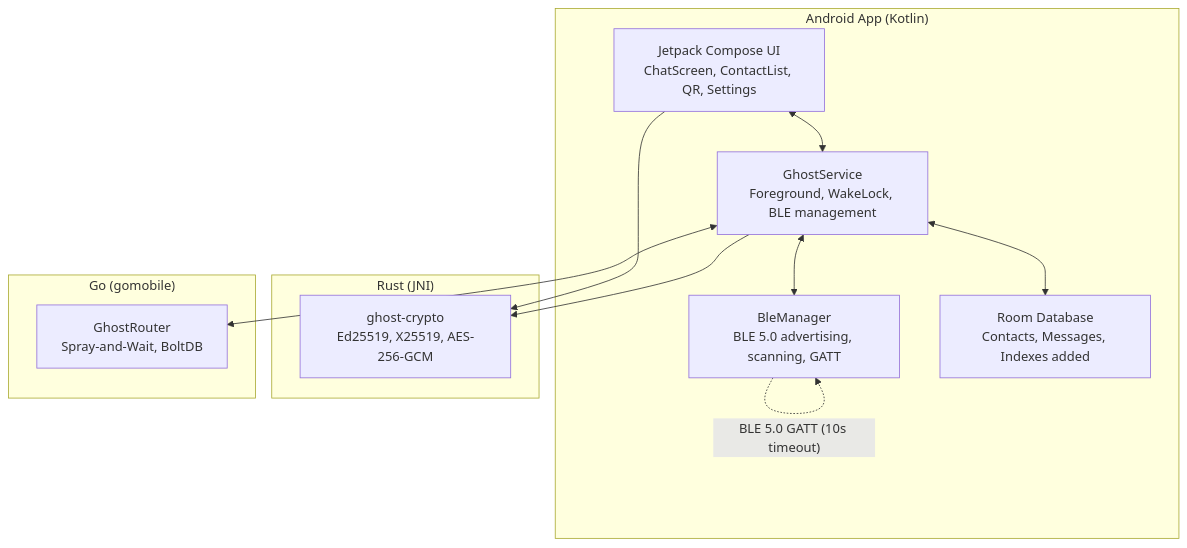
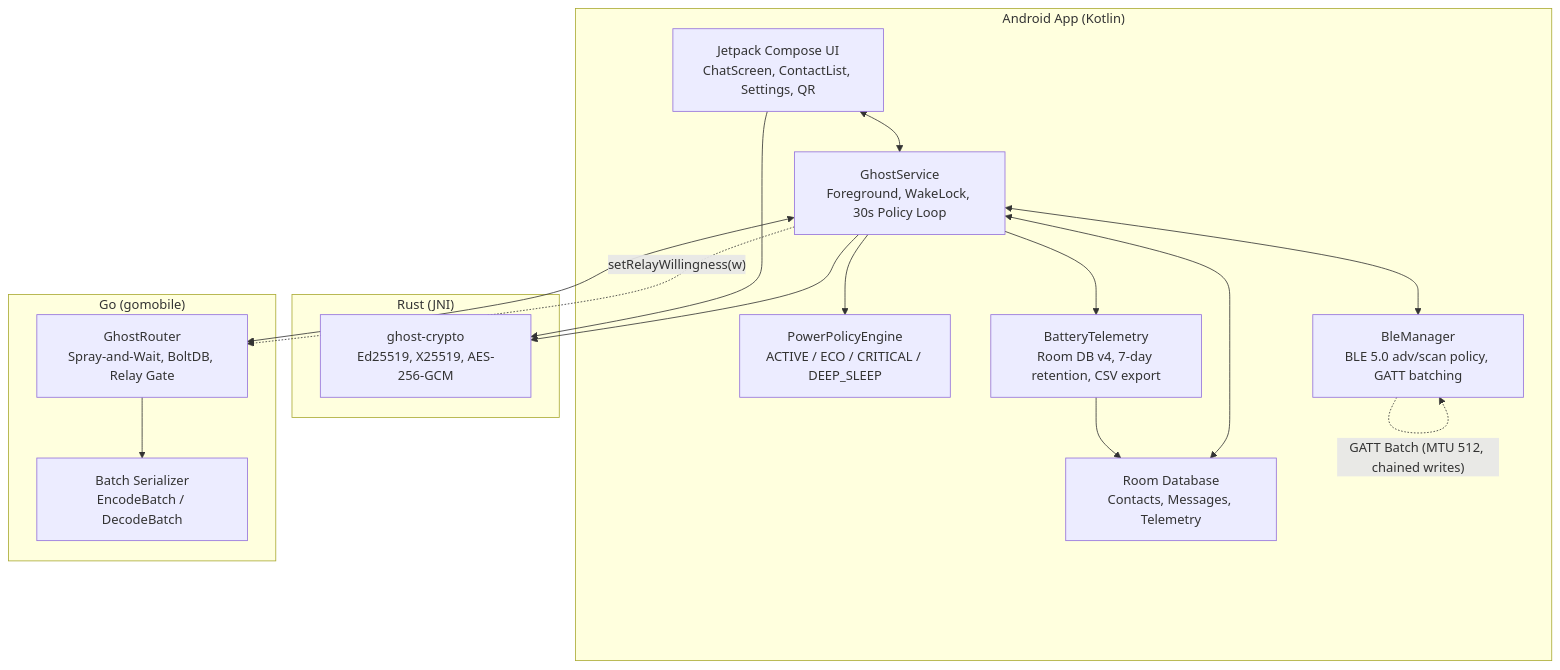
The first of 4 diagrams in docs/architecture/system-diagram.md (sanromarth/ghost-protocol), drawn with Mermaid before and after one commit. The commit also changed other lines of this file and 6 other files, not shown here.

````diff
--- a/docs/architecture/system-diagram.md
+++ b/docs/architecture/system-diagram.md
@@ -14,25 +16,33 @@
 ```mermaid
 graph TD
     subgraph "Android App (Kotlin)"
-        UI[Jetpack Compose UI<br>ChatScreen, ContactList, QR, Settings]
-        Service[GhostService<br>Foreground, WakeLock, BLE management]
-        BLE[BleManager<br>BLE 5.0 advertising, scanning, GATT]
-        Room[Room Database<br>Contacts, Messages, Indexes added]
+        UI[Jetpack Compose UI<br>ChatScreen, ContactList, Settings, QR]
+        Service[GhostService<br>Foreground, WakeLock, 30s Policy Loop]
+        Power[PowerPolicyEngine<br>ACTIVE / ECO / CRITICAL / DEEP_SLEEP]
+        Telem[BatteryTelemetry<br>Room DB v4, 7-day retention, CSV export]
+        BLE[BleManager<br>BLE 5.0 adv/scan policy, GATT batching]
+        Room[Room Database<br>Contacts, Messages, Telemetry]
     end
 
     subgraph "Rust (JNI)"
         Crypto[ghost-crypto<br>Ed25519, X25519, AES-256-GCM]
     end
 
     subgraph "Go (gomobile)"
-        Router[GhostRouter<br>Spray-and-Wait, BoltDB]
+        Router[GhostRouter<br>Spray-and-Wait, BoltDB, Relay Gate]
+        Batch[Batch Serializer<br>EncodeBatch / DecodeBatch]
     end
 
     UI <--> Service
+    Service --> Power
+    Service --> Telem
+    Telem --> Room
     Service <--> BLE
     Service <--> Room
     UI --> Crypto
     Service --> Crypto
     Service <--> Router
-    BLE -.->|"BLE 5.0 GATT (10s timeout)"| BLE
+    Router --> Batch
+    Service -.->|"setRelayWillingness(w)"| Router
+    BLE -.->|"GATT Batch (MTU 512, chained writes)"| BLE
 ```
````
